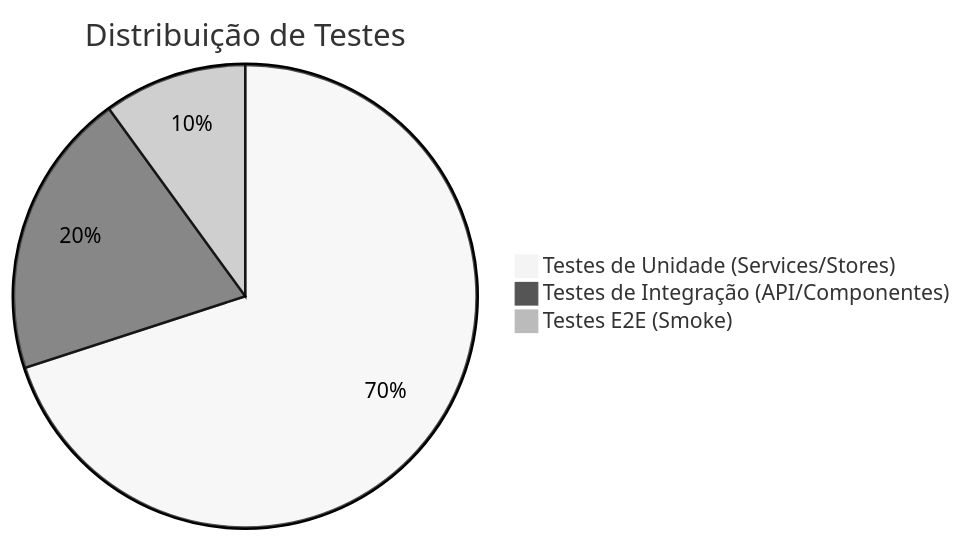
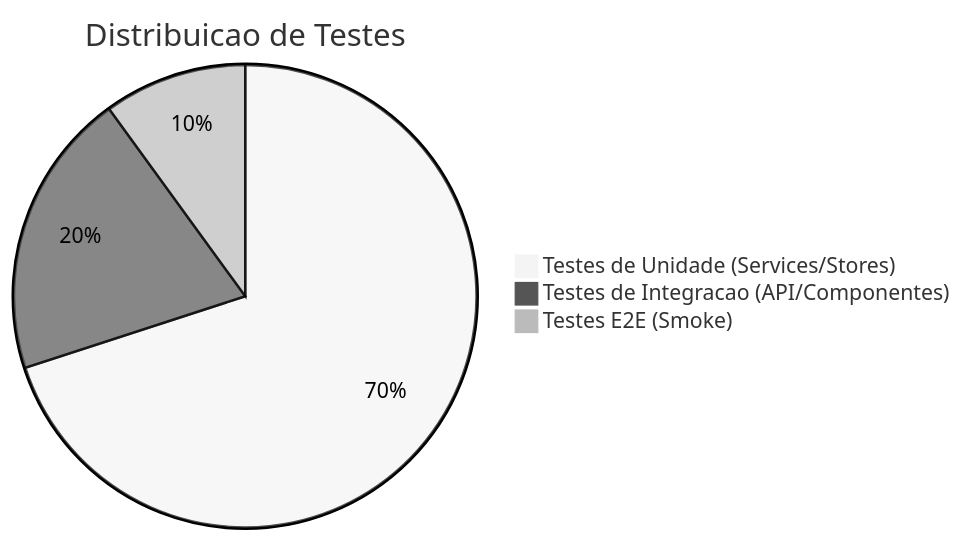
The diagram in docs/pt-br/TESTES.md (DessimA/delivery_system), drawn with Mermaid (neutral theme) before and after one commit. The commit also changed other lines of this file and 21 other files, not shown here.

````diff
--- a/docs/pt-br/TESTES.md
+++ b/docs/pt-br/TESTES.md
@@ -4,6 +5,6 @@
 ```mermaid
-pie title Distribuição de Testes
+pie title Distribuicao de Testes
     "Testes de Unidade (Services/Stores)" : 70
-    "Testes de Integração (API/Componentes)" : 20
+    "Testes de Integracao (API/Componentes)" : 20
     "Testes E2E (Smoke)" : 10
 ```
````
